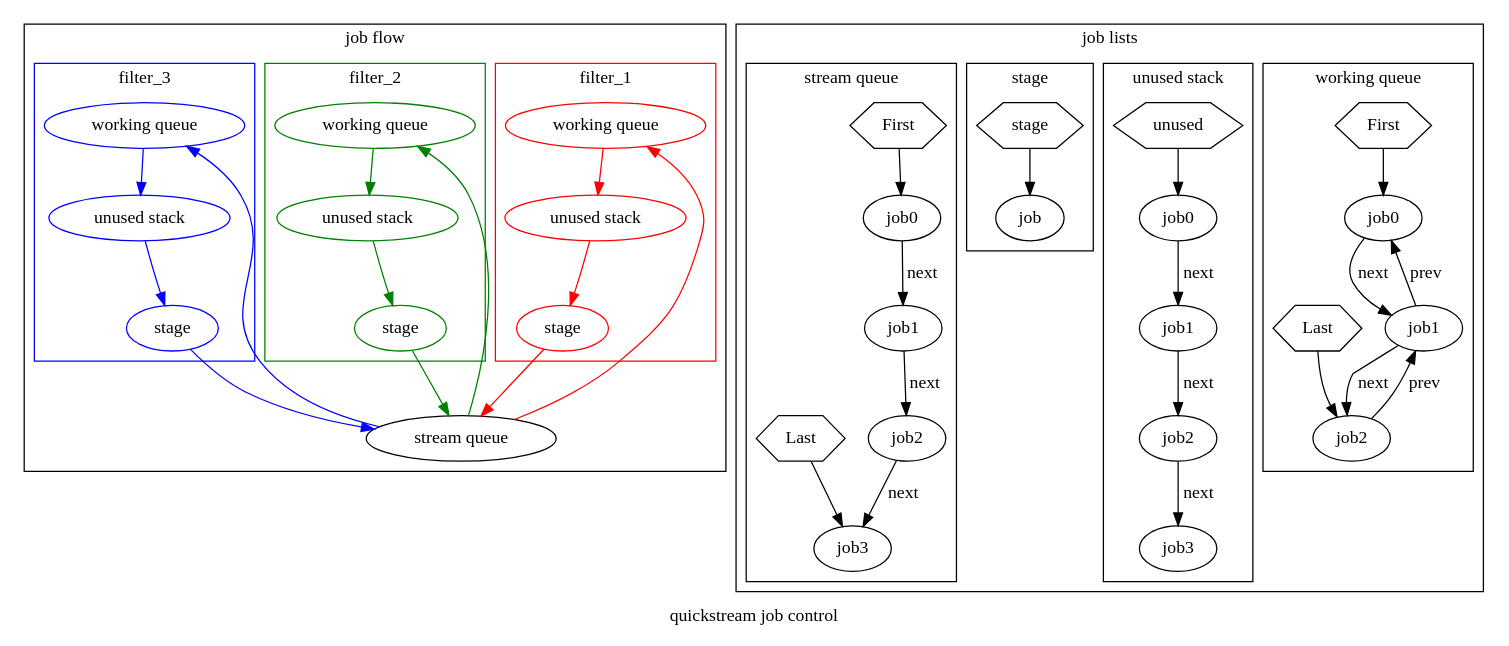
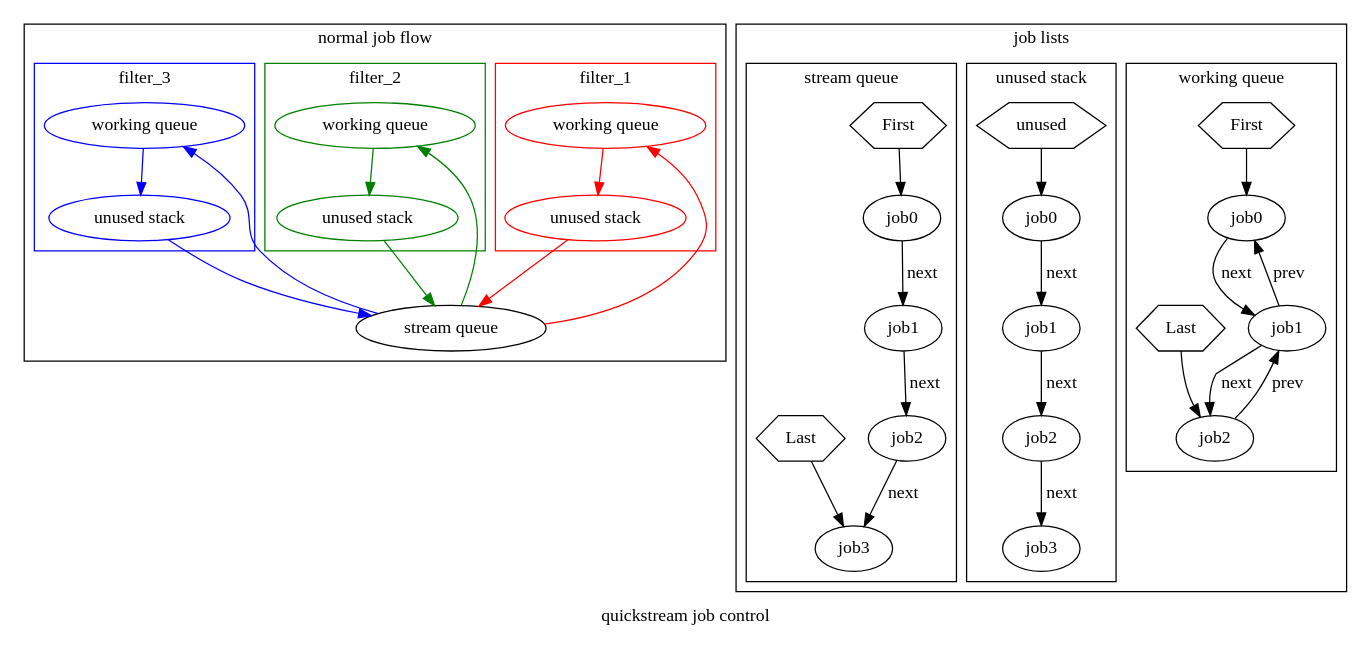
One commit to lanceman2/Quickstream_dev changed the diagram in share/doc/quickstream/jobFlow.dot. Above: the diagram before and after it, drawn with Graphviz. The commit also changed 5 other files, not shown here.

```diff
--- a/share/doc/quickstream/jobFlow.dot
+++ b/share/doc/quickstream/jobFlow.dot
@@ -1,100 +1,88 @@
 digraph {
 
     label="quickstream job control";
 
     subgraph cluster_7 {
-         label="job flow";
+         label="normal job flow";
 
         subgraph cluster_0 {
             label="filter_1";
             color=red;
-            filter_1_stage [label="stage", color=red];
             filter_1_unused [label="unused stack", color=red];
             filter_1_working [label="working queue", color=red];
         }
 
         subgraph cluster_1 {
             label="filter_2";
             color=green;
-            filter_2_stage [label="stage", color=green];
             filter_2_unused [label="unused stack", color=green];
             filter_2_working [label="working queue", color=green];
         }
 
         subgraph cluster_2 {
             label="filter_3";
             color=blue;
-            filter_3_stage [label="stage", color=blue];
             filter_3_unused [label="unused stack", color=blue];
             filter_3_working [label="working queue", color=blue];
         }
 
         stream_queue [label="stream queue"];
 
-        filter_1_unused  -> filter_1_stage [color=red];
-        filter_1_stage   -> stream_queue [color=red];
+        filter_1_unused  -> stream_queue [color=red];
         stream_queue     -> filter_1_working [color=red];
         filter_1_working -> filter_1_unused [color=red];
 
-        filter_2_unused  -> filter_2_stage [color=green];
-        filter_2_stage   -> stream_queue [color=green];
+        filter_2_unused  -> stream_queue [color=green];
         stream_queue     -> filter_2_working [color=green];
         filter_2_working -> filter_2_unused [color=green];
 
-        filter_3_unused  -> filter_3_stage [color=blue];
-        filter_3_stage   -> stream_queue [color=blue];
+        filter_3_unused  -> stream_queue [color=blue];
         stream_queue     -> filter_3_working [color=blue];
         filter_3_working -> filter_3_unused [color=blue];
     }
 
     subgraph cluster_8 {
 
         label="job lists";
 
         subgraph cluster_3 {
             label="working queue";
             First [shape=polygon, sides=6];
             Last  [shape=polygon, sides=6];
             First -> job0;
             Last -> job2;
             job0 -> job1 [label=next];
             job1 -> job2 [label=next];
             job1 -> job0 [label=prev];
             job2 -> job1 [label=prev];
         }
 
         subgraph cluster_4 {
             label="unused stack";
             unused [shape=polygon, sides=6];
             ujob0 [label=job0];
             ujob1 [label=job1];
             ujob2 [label=job2];
             ujob3 [label=job3];
             unused -> ujob0;
             ujob0 -> ujob1 [label=next];
             ujob1 -> ujob2 [label=next];
             ujob2 -> ujob3 [label=next];
         } 
 
         subgraph cluster_5 {
-            label="stage";
-            stage [shape=polygon, sides=6];
-            stage -> job;
-        }
-
-        subgraph cluster_6 {
             label="stream queue";
             sFirst [label=First, shape=polygon, sides=6];
             sLast  [label=Last, shape=polygon, sides=6];
             sjob0 [label=job0];
             sjob1 [label=job1];
             sjob2 [label=job2];
             sjob3 [label=job3];
             sFirst -> sjob0;
             sLast -> sjob3;
             sjob0 -> sjob1 [label=next];
             sjob1 -> sjob2 [label=next];
             sjob2 -> sjob3 [label=next];
         }
     }
 }
```
